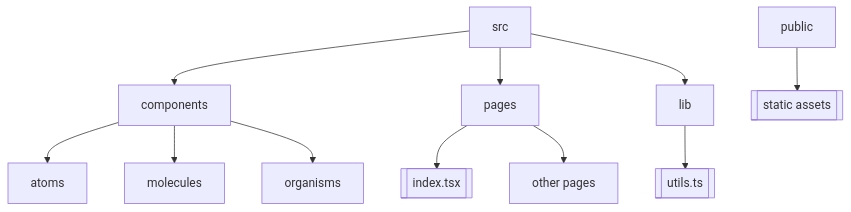
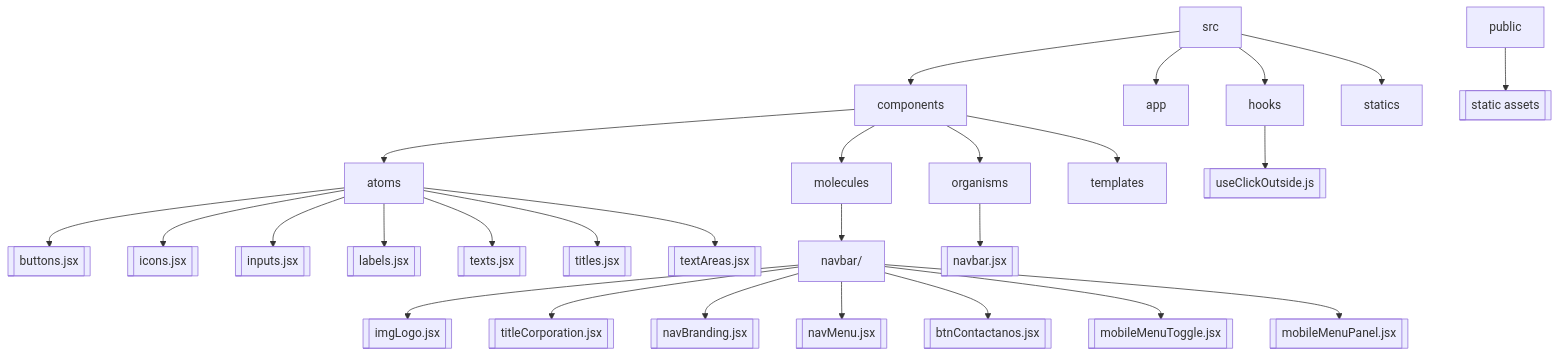
Before and after one commit to yeyo-dev-frontend/BIM-CONSTRUCTION: the diagram in docs/PROJECT_STRUCTURE.md, drawn with Mermaid. The commit also changed other lines of this file and 16 other files, not shown here.

````diff
--- a/docs/PROJECT_STRUCTURE.md
+++ b/docs/PROJECT_STRUCTURE.md
@@ -5,13 +5,35 @@
 ```mermaid
 graph TD;
     src[src] --> components[components];
-    src --> pages[pages];
-    src --> lib[lib];
+    src --> app[app];
+    src --> hooks[hooks];
+    src --> statics[statics];
+
     components --> atoms[atoms];
     components --> molecules[molecules];
     components --> organisms[organisms];
-    pages --> index[[index.tsx]];
-    pages --> ...[other pages];
-    lib --> utils[[utils.ts]];
+    components --> templates[templates];
+
+    atoms --> buttons[[buttons.jsx]];
+    atoms --> icons[[icons.jsx]];
+    atoms --> inputs[[inputs.jsx]];
+    atoms --> labels[[labels.jsx]];
+    atoms --> texts[[texts.jsx]];
+    atoms --> titles[[titles.jsx]];
+    atoms --> textAreas[[textAreas.jsx]];
+
+    molecules --> navbarMol[navbar/];
+    navbarMol --> imgLogo[[imgLogo.jsx]];
+    navbarMol --> titleCorporation[[titleCorporation.jsx]];
+    navbarMol --> navBranding[[navBranding.jsx]];
+    navbarMol --> navMenu[[navMenu.jsx]];
+    navbarMol --> btnContactanos[[btnContactanos.jsx]];
+    navbarMol --> mobileMenuToggle[[mobileMenuToggle.jsx]];
+    navbarMol --> mobileMenuPanel[[mobileMenuPanel.jsx]];
+
+    organisms --> navbar[[navbar.jsx]];
+
+    hooks --> useClickOutside[[useClickOutside.js]];
+
     public --> assets[[static assets]];
 ```
````
